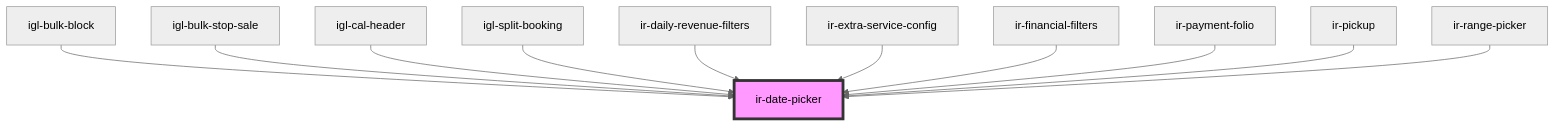
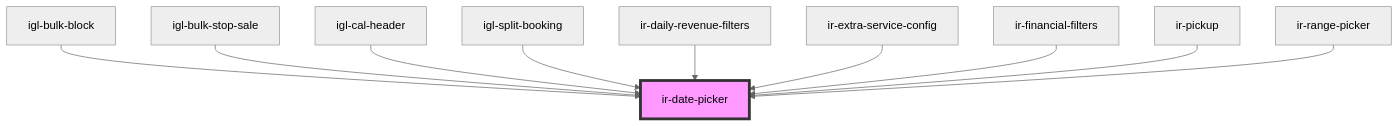
Before and after one commit to David1Chowaifaty/modified-ir-webcmp: the diagram in src/components/ui/ir-date-picker/readme.md, drawn with Mermaid (neutral theme). The commit also changed other lines of this file and 25 other files, not shown here.

````diff
--- a/src/components/ui/ir-date-picker/readme.md
+++ b/src/components/ui/ir-date-picker/readme.md
@@ -79,14 +78,13 @@
 ```mermaid
 graph TD;
   igl-bulk-block --> ir-date-picker
   igl-bulk-stop-sale --> ir-date-picker
   igl-cal-header --> ir-date-picker
   igl-split-booking --> ir-date-picker
   ir-daily-revenue-filters --> ir-date-picker
   ir-extra-service-config --> ir-date-picker
   ir-financial-filters --> ir-date-picker
-  ir-payment-folio --> ir-date-picker
   ir-pickup --> ir-date-picker
   ir-range-picker --> ir-date-picker
   style ir-date-picker fill:#f9f,stroke:#333,stroke-width:4px
 ```
````
